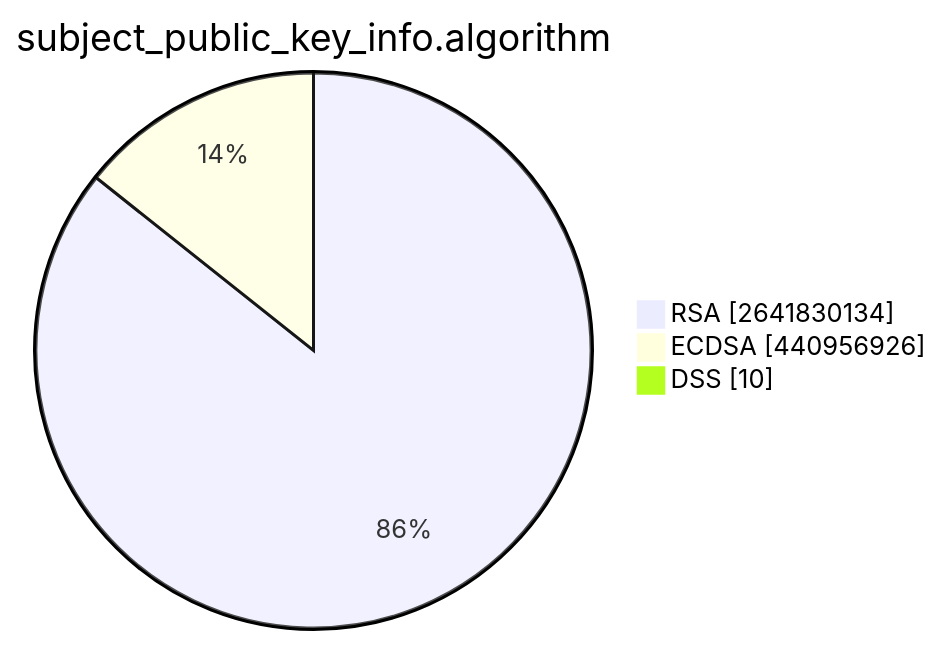
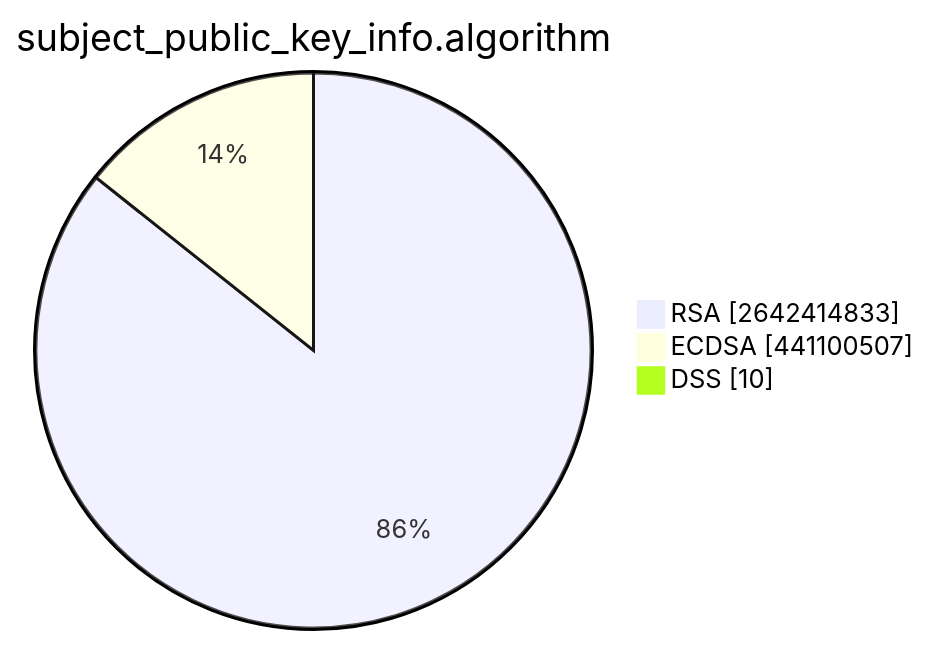
One commit to christiankrug/ctmonitor_visualization changed the second of 15 diagrams in TOTAL/README.md. Above: the diagram before and after it, drawn with Mermaid. The commit also changed other lines of this file, not shown here.

````diff
--- a/TOTAL/README.md
+++ b/TOTAL/README.md
@@ -6,7 +6,7 @@
 ```mermaid
 pie showData
 title subject_public_key_info.algorithm
-"RSA" :2641830134
-"ECDSA" :440956926
+"RSA" :2642414833
+"ECDSA" :441100507
 "DSS" :10
 ```
````
